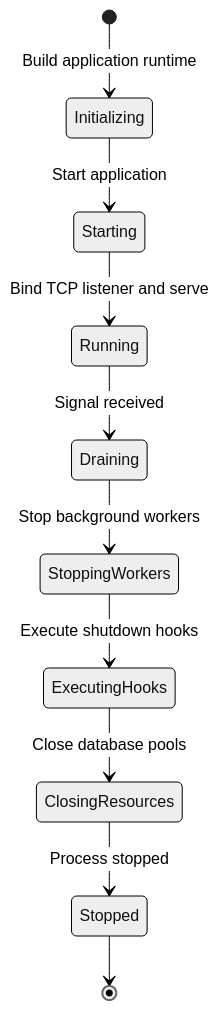
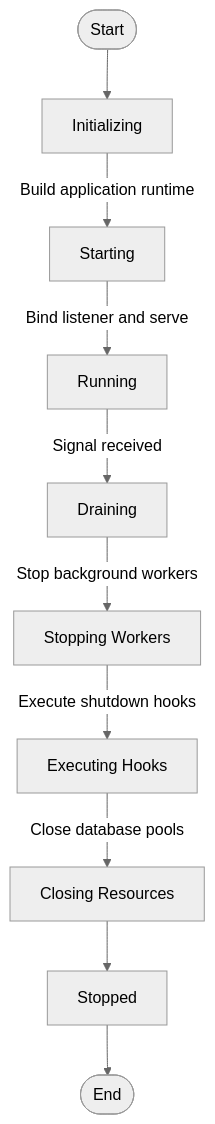
One commit to thakares/nx9-auth changed the first of 8 diagrams in docs/ARCHITECTURE.md. Above: the diagram before and after it, drawn with Mermaid (neutral theme). The commit also changed other lines of this file, not shown here.

Commit message:
docs: add architecture documentation and standardize filenames

````diff
--- a/docs/ARCHITECTURE.md
+++ b/docs/ARCHITECTURE.md
@@ -75,12 +75,12 @@
 ```mermaid
-stateDiagram-v2
-    [*] --> Initializing : Build application runtime
-    Initializing --> Starting : Start application
-    Starting --> Running : Bind TCP listener and serve
-    Running --> Draining : Signal received
-    Draining --> StoppingWorkers : Stop background workers
-    StoppingWorkers --> ExecutingHooks : Execute shutdown hooks
-    ExecutingHooks --> ClosingResources : Close database pools
-    ClosingResources --> Stopped : Process stopped
-    Stopped --> [*]
+flowchart TD
+    Start([Start]) --> Initializing[Initializing]
+    Initializing -->|Build application runtime| Starting[Starting]
+    Starting -->|Bind listener and serve| Running[Running]
+    Running -->|Signal received| Draining[Draining]
+    Draining -->|Stop background workers| StoppingWorkers[Stopping Workers]
+    StoppingWorkers -->|Execute shutdown hooks| ExecutingHooks[Executing Hooks]
+    ExecutingHooks -->|Close database pools| ClosingResources[Closing Resources]
+    ClosingResources --> Stopped[Stopped]
+    Stopped --> EndState([End])
 ```
````
